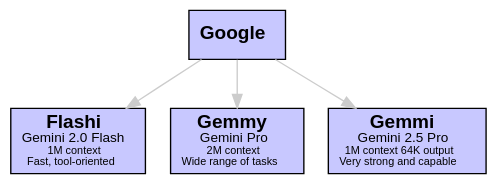
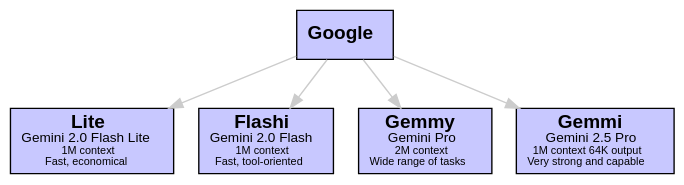
Before and after one commit to sswam/allemande: the fourth of 12 diagrams in doc/guide.md, drawn with Graphviz. The commit also changed other lines of this file, not shown here.

````diff
--- a/doc/guide.md
+++ b/doc/guide.md
@@ -100,16 +100,18 @@
 ```dot
 digraph Google {
     graph [bgcolor=transparent]
     edge [color="#CCCCCC"]
     node [shape=box, style=filled, fillcolor="#C8C8FF", fontname="Helvetica"]
 
     "Google" [label=<<b>Google</b>>]
+    "Lite" [label=<<b>Lite</b><br/><font point-size="10">Gemini 2.0 Flash Lite</font><br/><font point-size="8">1M context</font><br/><font point-size="8">Fast, economical</font>>]
     "Flashi" [label=<<b>Flashi</b><br/><font point-size="10">Gemini 2.0 Flash</font><br/><font point-size="8">1M context</font><br/><font point-size="8">Fast, tool-oriented</font>>]
     "Gemmy" [label=<<b>Gemmy</b><br/><font point-size="10">Gemini Pro</font><br/><font point-size="8">2M context</font><br/><font point-size="8">Wide range of tasks</font>>]
     "Gemmi" [label=<<b>Gemmi</b><br/><font point-size="10">Gemini 2.5 Pro</font><br/><font point-size="8">1M context 64K output</font><br/><font point-size="8">Very strong and capable</font>>]
 
+    "Google" -> "Lite"
     "Google" -> "Flashi"
     "Google" -> "Gemmi"
     "Google" -> "Gemmy"
 }
 ```
````
